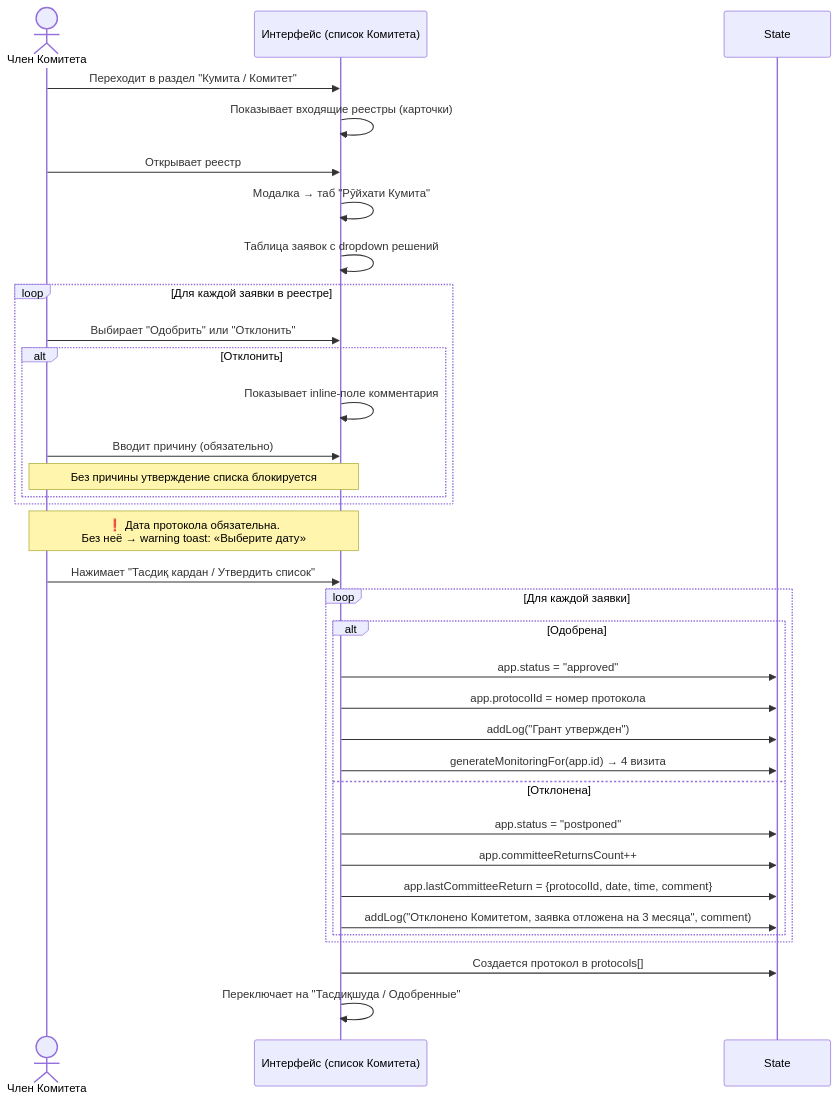
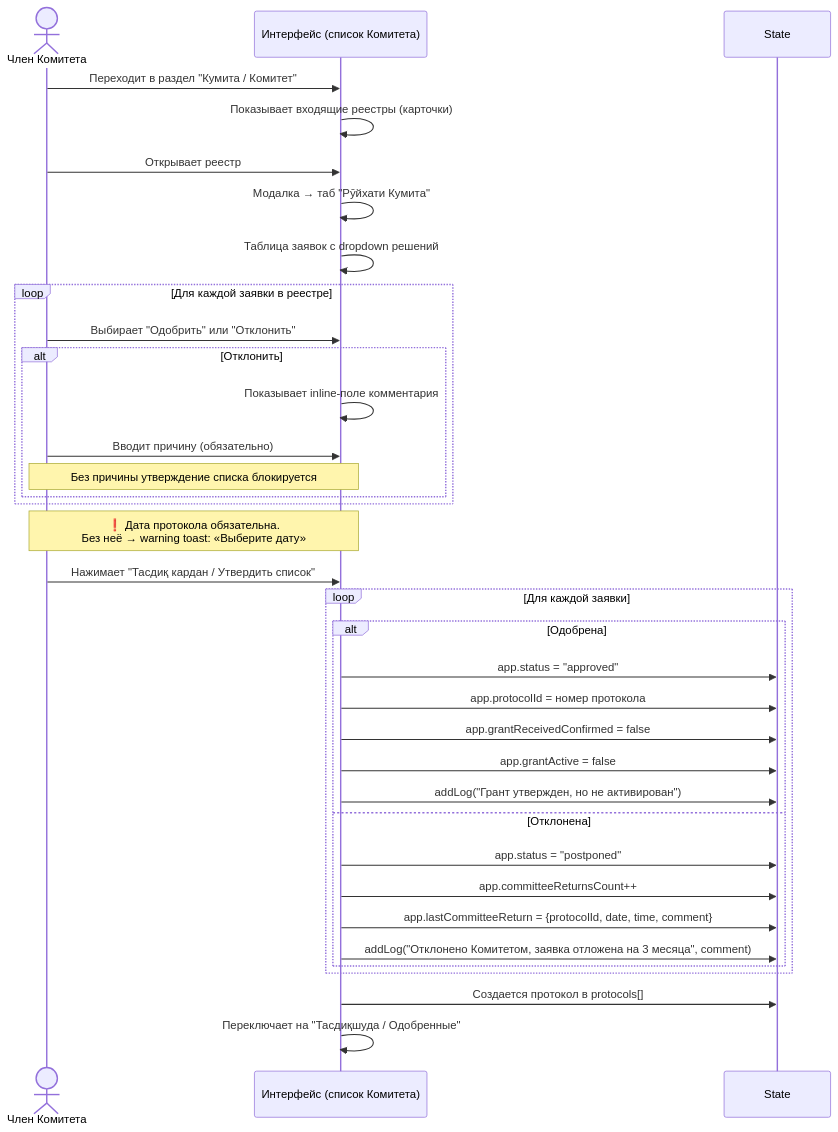
Before and after one commit to firka-kh/eip-test: the seventh of 15 diagrams in docs/BUSINESS-PROCESSES.md, drawn with Mermaid. The commit also changed other lines of this file and 6 other files, not shown here.

````diff
--- a/docs/BUSINESS-PROCESSES.md
+++ b/docs/BUSINESS-PROCESSES.md
@@ -283,43 +283,44 @@
 ```mermaid
 sequenceDiagram
     actor К as Член Комитета
     participant UI as Интерфейс (список Комитета)
     participant ST as State
 
     К->>UI: Переходит в раздел "Кумита / Комитет"
     UI->>UI: Показывает входящие реестры (карточки)
     
     К->>UI: Открывает реестр
     UI->>UI: Модалка → таб "Рӯйхати Кумита"
     UI->>UI: Таблица заявок с dropdown решений
 
     loop Для каждой заявки в реестре
         К->>UI: Выбирает "Одобрить" или "Отклонить"
         alt Отклонить
             UI->>UI: Показывает inline-поле комментария
             К->>UI: Вводит причину (обязательно)
             Note over К,UI: Без причины утверждение списка блокируется
         end
     end
 
     Note over К,UI: ❗ Дата протокола обязательна.<br/>Без неё → warning toast: «Выберите дату»
 
     К->>UI: Нажимает "Тасдиқ кардан / Утвердить список"
     
     loop Для каждой заявки
         alt Одобрена
             UI->>ST: app.status = "approved"
             UI->>ST: app.protocolId = номер протокола
-            UI->>ST: addLog("Грант утвержден")
-            UI->>ST: generateMonitoringFor(app.id) → 4 визита
+            UI->>ST: app.grantReceivedConfirmed = false
+            UI->>ST: app.grantActive = false
+            UI->>ST: addLog("Грант утвержден, но не активирован")
         else Отклонена
             UI->>ST: app.status = "postponed"
             UI->>ST: app.committeeReturnsCount++
             UI->>ST: app.lastCommitteeReturn = {protocolId, date, time, comment}
             UI->>ST: addLog("Отклонено Комитетом, заявка отложена на 3 месяца", comment)
         end
     end
 
     UI->>ST: Создается протокол в protocols[]
     UI->>UI: Переключает на "Тасдиқшуда / Одобренные"
 ```
````
